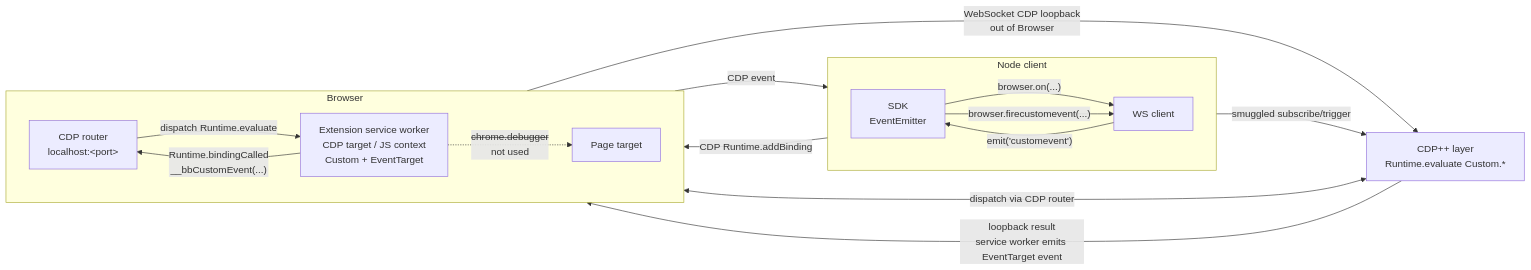
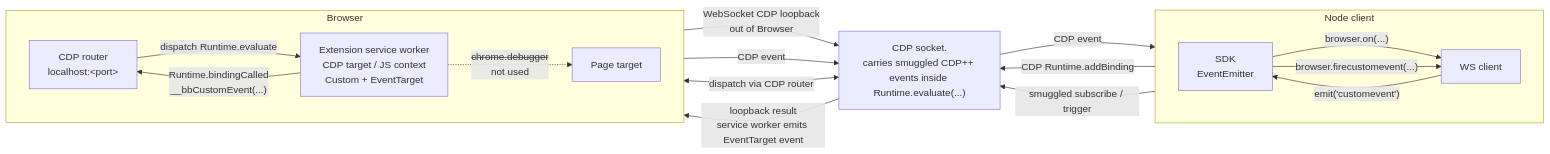
The fourth of 4 diagrams in README.md (pirate/chrome-cdp-extension-bridge), drawn with Mermaid before and after one commit. The commit also changed other lines of this file, not shown here.

Commit message:
Align CDP socket flow diagrams

````diff
--- a/README.md
+++ b/README.md
@@ -131,30 +138,31 @@
 ```mermaid
 flowchart LR
   subgraph Node["Node client"]
     direction LR
     SDK["SDK<br/>EventEmitter"]
     WS["WS client"]
     SDK -->|"browser.on(...)"| WS
     SDK -->|"browser.firecustomevent(...)"| WS
   end
 
   subgraph Browser["Browser"]
     direction LR
     CDP["CDP router<br/>localhost:&lt;port&gt;"]
     SW["Extension service worker<br/>CDP target / JS context<br/>Custom + EventTarget"]
     Page["Page target"]
     CDP -->|"dispatch Runtime.evaluate"| SW
     SW -. "<s>chrome.debugger</s><br/>not used" .-> Page
   end
 
-  Smuggle["CDP++ layer<br/>Runtime.evaluate Custom.*"]
+  Socket["CDP socket.<br/>carries smuggled CDP++ events inside Runtime.evaluate(...)"]
 
-  WS -->|"CDP Runtime.addBinding"| CDP
-  WS -->|"smuggled subscribe/trigger"| Smuggle
-  Smuggle <-->|"dispatch via CDP router"| CDP
-  SW -->|"WebSocket CDP loopback<br/>out of Browser"| Smuggle
-  Smuggle -->|"loopback result<br/>service worker emits EventTarget event"| SW
+  WS -->|"CDP Runtime.addBinding"| Socket
+  WS -->|"smuggled subscribe / trigger"| Socket
+  Socket <-->|"dispatch via CDP router"| CDP
+  SW -->|"WebSocket CDP loopback<br/>out of Browser"| Socket
+  Socket -->|"loopback result<br/>service worker emits EventTarget event"| SW
   SW -->|"Runtime.bindingCalled<br/>__bbCustomEvent(...)"| CDP
-  CDP -->|"CDP event"| WS
+  CDP -->|"CDP event"| Socket
+  Socket -->|"CDP event"| WS
   WS -->|"emit('customevent')"| SDK
 ```
````
